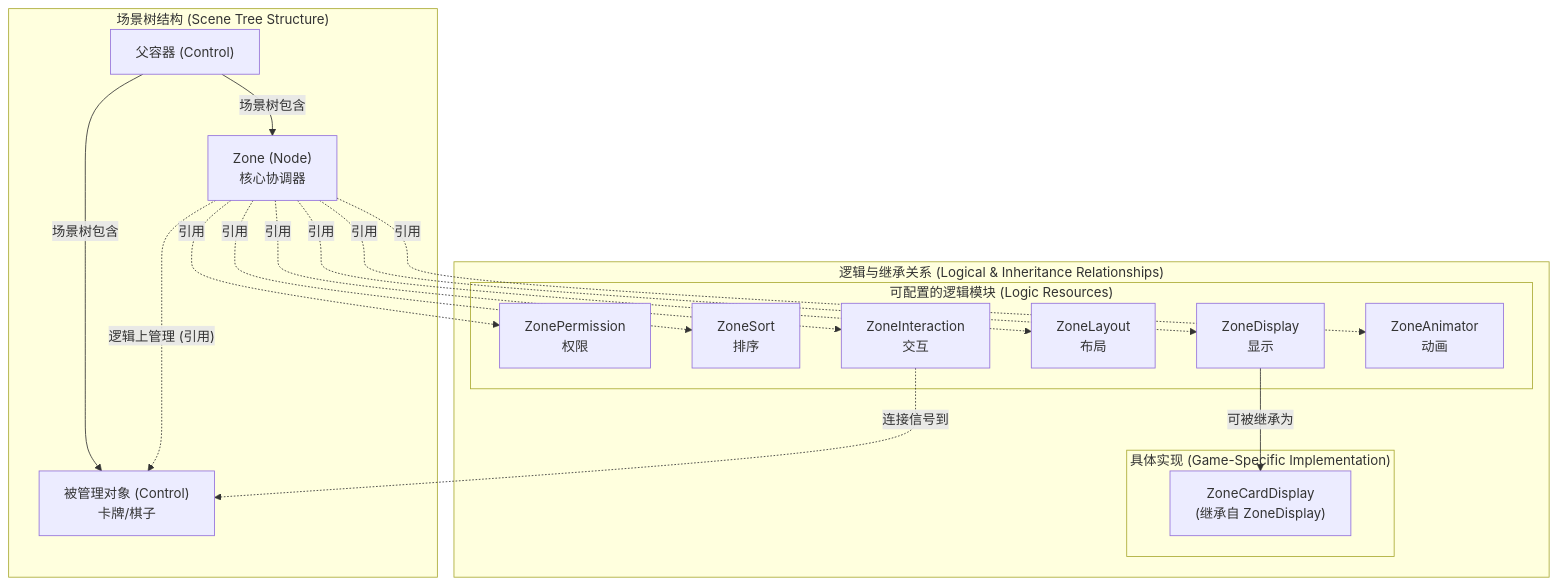
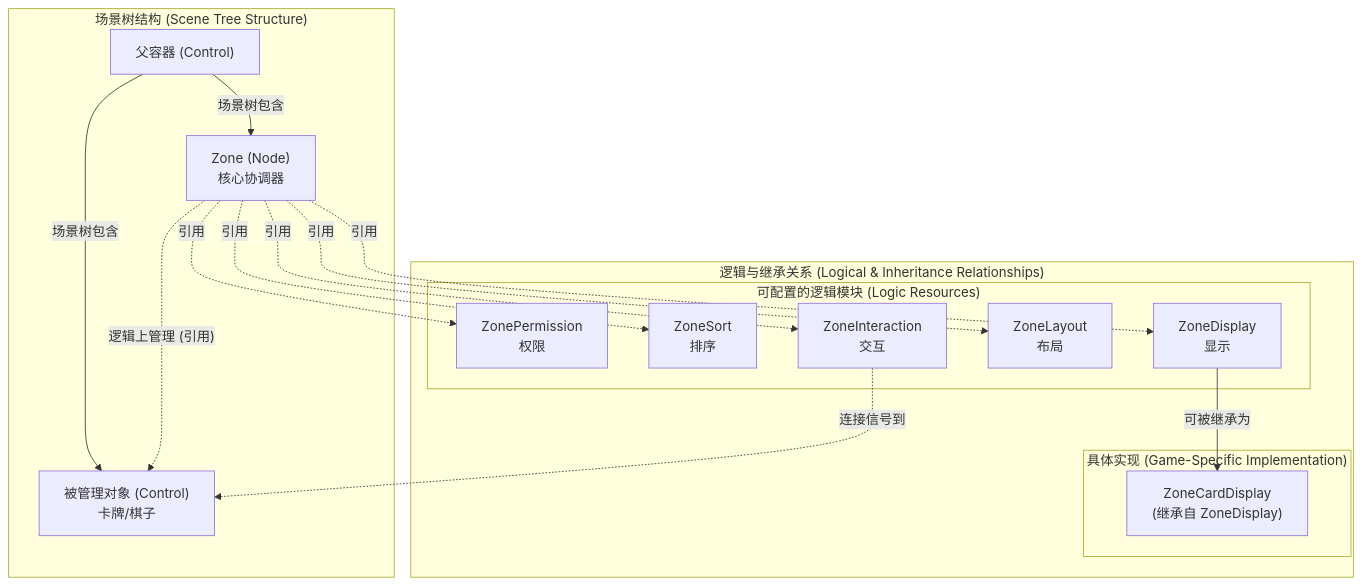
Before and after one commit to AmyF/nascent-soul: the diagram in README.md, drawn with Mermaid. The commit also changed other lines of this file, not shown here.

````diff
--- a/README.md
+++ b/README.md
@@ -29,38 +24,36 @@
 ```mermaid
 graph TD
     subgraph "场景树结构 (Scene Tree Structure)"
         ParentControl["父容器 (Control)"]
         ParentControl -- "场景树包含" --> Zone["Zone (Node)<br/>核心协调器"]
         ParentControl -- "场景树包含" --> ManagedObject["被管理对象 (Control)<br/>卡牌/棋子"]
     end
 
     subgraph "逻辑与继承关系 (Logical & Inheritance Relationships)"
         subgraph "可配置的逻辑模块 (Logic Resources)"
             LP[ZonePermission<br/>权限]
             LS[ZoneSort<br/>排序]
             LD[ZoneDisplay<br/>显示]
             LL[ZoneLayout<br/>布局]
             LI[ZoneInteraction<br/>交互]
-            LA[ZoneAnimator<br/>动画]
         end
 
         subgraph "具体实现 (Game-Specific Implementation)"
             CardDisplay["ZoneCardDisplay<br/>(继承自 ZoneDisplay)"]
         end
 
         %% 核心逻辑关系
         Zone -. "逻辑上管理 (引用)" .-> ManagedObject
         Zone -. "引用" .-> LP
         Zone -. "引用" .-> LS
         Zone -. "引用" .-> LD
         Zone -. "引用" .-> LL
         Zone -. "引用" .-> LI
-        Zone -. "引用" .-> LA
 
         %% 交互关系
         LI -. "连接信号到" .-> ManagedObject
 
         %% 继承关系
         LD -- "可被继承为" --> CardDisplay
     end
 ```
````
